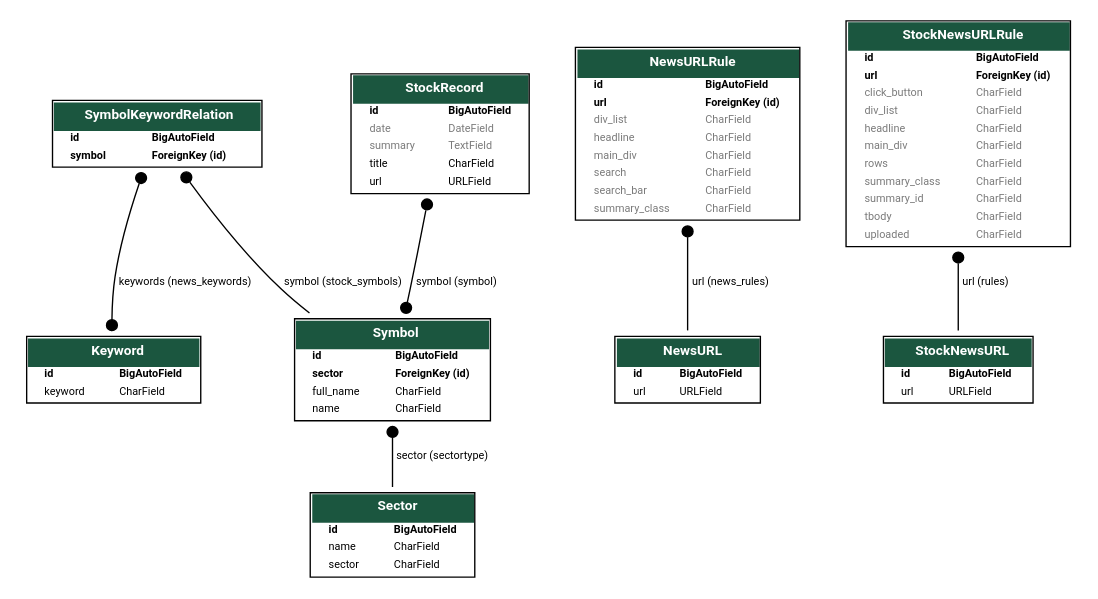
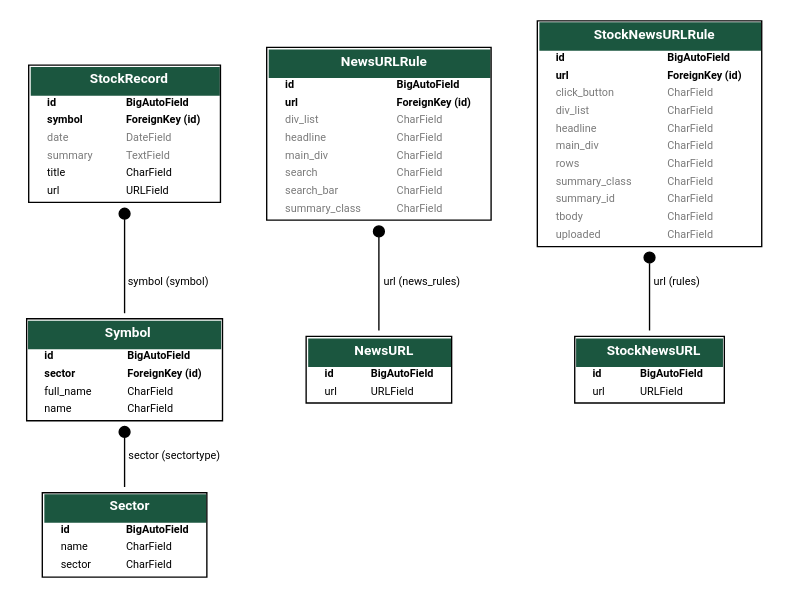
The diagram in model.dot (NeesaPandeyy/webscraping), drawn with Graphviz before and after one commit. The commit also changed 15 other files, not shown here.

```diff
--- a/model.dot
+++ b/model.dot
@@ -1,6 +1,6 @@
 digraph model_graph {
   // Dotfile by Django-Extensions graph_models
-  // Created: 2025-04-22 13:29
+  // Created: 2025-04-25 15:30
   // Cli Options: dashboard
 
   fontname = "Roboto"
@@ -90,32 +90,6 @@
   
     <TR><TD ALIGN="LEFT" BORDER="0">
     <FONT FACE="Roboto">name</FONT>
-    </TD><TD ALIGN="LEFT">
-    <FONT FACE="Roboto">CharField</FONT>
-    </TD></TR>
-  
-  
-    </TABLE>
-    >]
-
-  dashboard_models_Keyword [label=<
-    <TABLE BGCOLOR="white" BORDER="1" CELLBORDER="0" CELLSPACING="0">
-    <TR><TD COLSPAN="2" CELLPADDING="5" ALIGN="CENTER" BGCOLOR="#1b563f">
-    <FONT FACE="Roboto" COLOR="white" POINT-SIZE="10"><B>
-    Keyword
-    </B></FONT></TD></TR>
-  
-  
-    <TR><TD ALIGN="LEFT" BORDER="0">
-    <FONT FACE="Roboto"><B>id</B></FONT>
-    </TD><TD ALIGN="LEFT">
-    <FONT FACE="Roboto"><B>BigAutoField</B></FONT>
-    </TD></TR>
-  
-  
-  
-    <TR><TD ALIGN="LEFT" BORDER="0">
-    <FONT FACE="Roboto">keyword</FONT>
     </TD><TD ALIGN="LEFT">
     <FONT FACE="Roboto">CharField</FONT>
     </TD></TR>
@@ -218,32 +192,6 @@
     <FONT COLOR="#7B7B7B" FACE="Roboto">summary_class</FONT>
     </TD><TD ALIGN="LEFT">
     <FONT COLOR="#7B7B7B" FACE="Roboto">CharField</FONT>
-    </TD></TR>
-  
-  
-    </TABLE>
-    >]
-
-  dashboard_models_SymbolKeywordRelation [label=<
-    <TABLE BGCOLOR="white" BORDER="1" CELLBORDER="0" CELLSPACING="0">
-    <TR><TD COLSPAN="2" CELLPADDING="5" ALIGN="CENTER" BGCOLOR="#1b563f">
-    <FONT FACE="Roboto" COLOR="white" POINT-SIZE="10"><B>
-    SymbolKeywordRelation
-    </B></FONT></TD></TR>
-  
-  
-    <TR><TD ALIGN="LEFT" BORDER="0">
-    <FONT FACE="Roboto"><B>id</B></FONT>
-    </TD><TD ALIGN="LEFT">
-    <FONT FACE="Roboto"><B>BigAutoField</B></FONT>
-    </TD></TR>
-  
-  
-  
-    <TR><TD ALIGN="LEFT" BORDER="0">
-    <FONT FACE="Roboto"><B>symbol</B></FONT>
-    </TD><TD ALIGN="LEFT">
-    <FONT FACE="Roboto"><B>ForeignKey (id)</B></FONT>
     </TD></TR>
   
   
@@ -391,6 +339,14 @@
   
   
     <TR><TD ALIGN="LEFT" BORDER="0">
+    <FONT FACE="Roboto"><B>symbol</B></FONT>
+    </TD><TD ALIGN="LEFT">
+    <FONT FACE="Roboto"><B>ForeignKey (id)</B></FONT>
+    </TD></TR>
+  
+  
+  
+    <TR><TD ALIGN="LEFT" BORDER="0">
     <FONT COLOR="#7B7B7B" FACE="Roboto">date</FONT>
     </TD><TD ALIGN="LEFT">
     <FONT COLOR="#7B7B7B" FACE="Roboto">DateField</FONT>
@@ -435,17 +391,11 @@
   dashboard_models_NewsURLRule -> dashboard_models_NewsURL
   [label=" url (news_rules)"] [arrowhead=none, arrowtail=dot, dir=both];
 
-  dashboard_models_SymbolKeywordRelation -> dashboard_models_Symbol
-  [label=" symbol (stock_symbols)"] [arrowhead=none, arrowtail=dot, dir=both];
-
-  dashboard_models_SymbolKeywordRelation -> dashboard_models_Keyword
-  [label=" keywords (news_keywords)"] [arrowhead=dot arrowtail=dot, dir=both];
-
   dashboard_models_StockNewsURLRule -> dashboard_models_StockNewsURL
   [label=" url (rules)"] [arrowhead=none, arrowtail=dot, dir=both];
 
   dashboard_models_StockRecord -> dashboard_models_Symbol
-  [label=" symbol (symbol)"] [arrowhead=dot arrowtail=dot, dir=both];
+  [label=" symbol (symbol)"] [arrowhead=none, arrowtail=dot, dir=both];
 
 
 }
```
